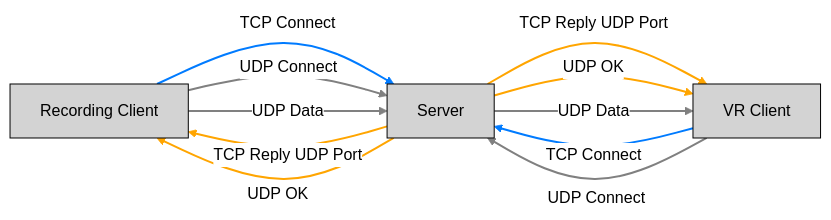
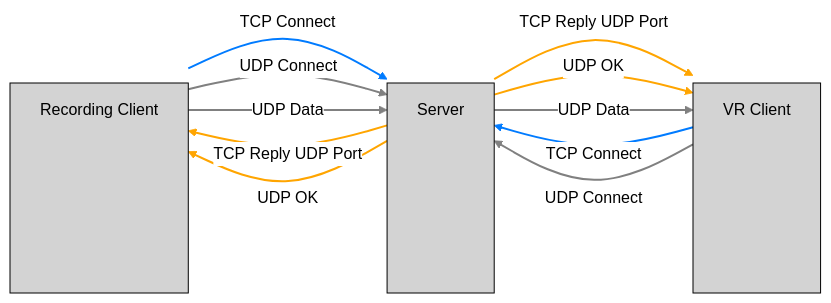
Before and after one commit to B16boi/HoloPiano---VR-Piano-Instructor: the diagram in README.md, drawn with Mermaid (neutral theme).

````diff
--- a/README.md
+++ b/README.md
@@ -9,32 +9,32 @@
 ```mermaid
 flowchart LR
     A[Recording Client]
     B[Server]
     C[VR Client]
 
     A -->|TCP Connect| B
     linkStyle 0 stroke:#007BFF,stroke-width:2px
     B -->|TCP Reply UDP Port| A
     linkStyle 1 stroke:#FFA500,stroke-width:2px
     A -->|UDP Connect| B
     linkStyle 2 stroke:grey,stroke-width:2px
     B -->|UDP OK| A
     linkStyle 3 stroke:#FFA500,stroke-width:2px
     A -->|UDP Data| B
     linkStyle 4 stroke:grey,stroke-width:2px
 
     C -->|TCP Connect| B
     linkStyle 5 stroke:#007BFF,stroke-width:2px
     B -->|TCP Reply UDP Port| C
     linkStyle 6 stroke:#FFA500,stroke-width:2px
     C -->|UDP Connect| B
     linkStyle 7 stroke:grey,stroke-width:2px
     B -->|UDP OK| C
     linkStyle 8 stroke:#FFA500,stroke-width:2px
     B -->|UDP Data| C
     linkStyle 9 stroke:grey,stroke-width:2px
 
-    style A fill:#D3D3D3,stroke:#000,stroke-width:1px
-    style B fill:#D3D3D3,stroke:#000,stroke-width:1px
-    style C fill:#D3D3D3,stroke:#000,stroke-width:1px
+    style A fill:#D3D3D3,stroke:#000,stroke-width:1px,height:210px
+    style B fill:#D3D3D3,stroke:#000,stroke-width:1px,height:210px
+    style C fill:#D3D3D3,stroke:#000,stroke-width:1px,height:210px
 ```
````
